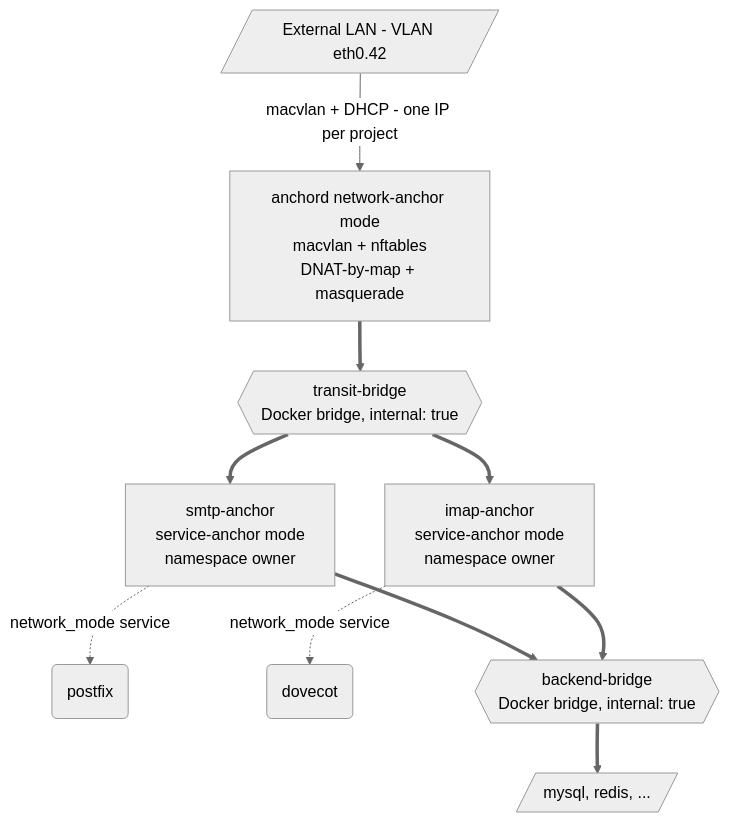
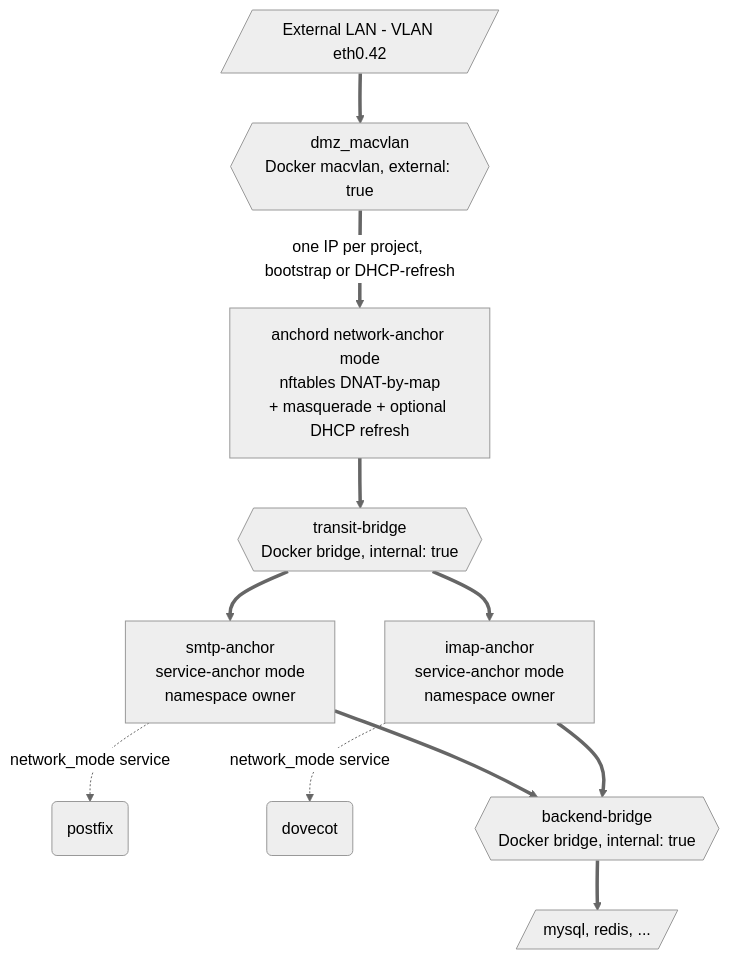
Before and after one commit to AlexCherrypi/anchord: the diagram in README.md, drawn with Mermaid (neutral theme). The commit also changed other lines of this file and 21 other files, not shown here.

````diff
--- a/README.md
+++ b/README.md
@@ -176,33 +195,35 @@
 ```mermaid
 flowchart TD
     %% Three roles in vertical layers: LAN -> network-anchor ->
     %% transit-bridge -> service-anchors (+ app containers joined
     %% via netns share) -> backend-bridge -> DBs.
     %% Edge styles: solid = traffic flow, thick = bridge membership,
     %% dashed = netns share via network_mode service.
 
     %% Shapes by role:
     %%   [/.../]   = boundary  (the LAN, the DBs)
     %%   {{ ... }} = bridge    (Docker L2 broadcast domain)
     %%   [ ... ]   = container (anchord + service-anchors)
     %%   ( ... )   = process   (app containers — share netns, no own IP)
     LAN[/External LAN - VLAN eth0.42/]
-    Anchord[anchord network-anchor mode<br>macvlan + nftables<br>DNAT-by-map + masquerade]
+    DmzMv{{dmz_macvlan<br>Docker macvlan, external: true}}
+    Anchord[anchord network-anchor mode<br>nftables DNAT-by-map<br>+ masquerade + optional DHCP refresh]
     Transit{{transit-bridge<br>Docker bridge, internal: true}}
     Smtp[smtp-anchor<br>service-anchor mode<br>namespace owner]
     Imap[imap-anchor<br>service-anchor mode<br>namespace owner]
     Postfix(postfix)
     Dovecot(dovecot)
     Backend{{backend-bridge<br>Docker bridge, internal: true}}
     DBs[/mysql, redis, .../]
 
-    LAN -->|macvlan + DHCP - one IP per project| Anchord
+    LAN ==> DmzMv
+    DmzMv ==>|one IP per project, bootstrap or DHCP-refresh| Anchord
     Anchord ==> Transit
     Transit ==> Smtp
     Transit ==> Imap
     Smtp -.->|network_mode service| Postfix
     Imap -.->|network_mode service| Dovecot
     Smtp ==> Backend
     Imap ==> Backend
     Backend ==> DBs
 ```
````
